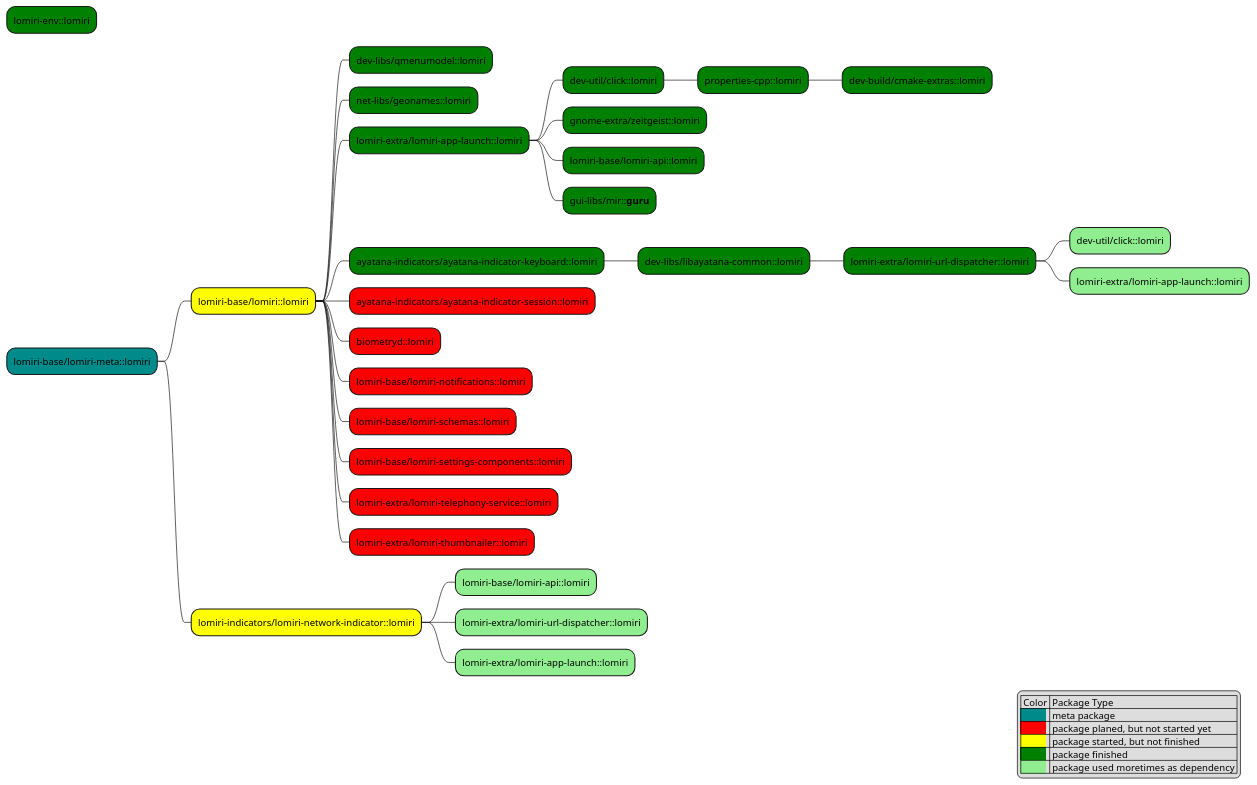
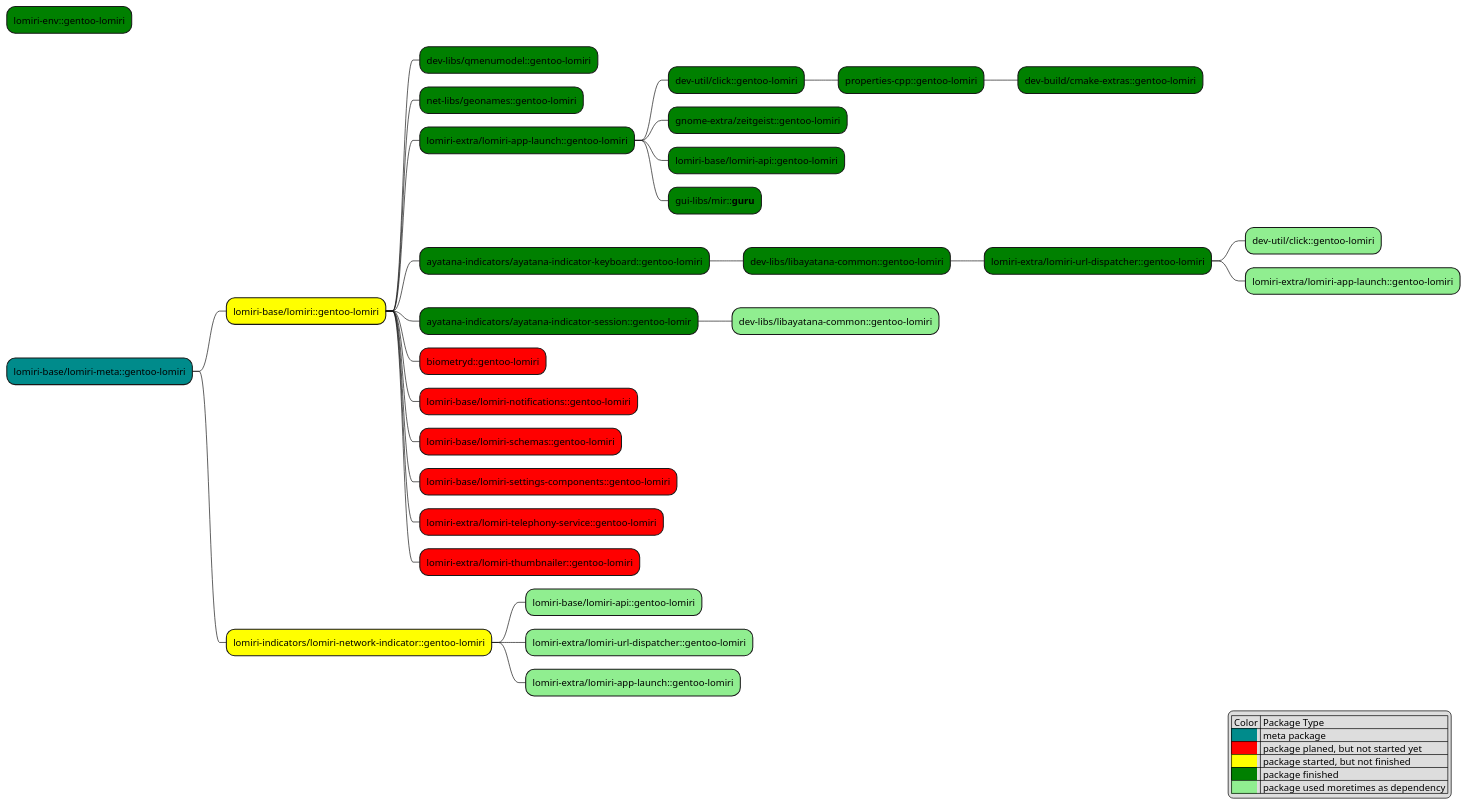
One commit to renegart/gentoo-lomiri changed the diagram in docs/lomiri-packages.plantuml. Above: the diagram before and after it, drawn with PlantUML. The commit also changed 16 other files, not shown here.

Commit message:
lomiri-base/lomiri: updated package

```diff
--- a/docs/lomiri-packages.plantuml
+++ b/docs/lomiri-packages.plantuml
@@ -1,40 +1,41 @@
 @startmindmap package dependencies
 legend right
     | Color | Package Type |
     |<back:DarkCyan>          </back>| meta package|
     |<back:red>          </back>| package planed, but not started yet|
     |<back:yellow>          </back>| package started, but not finished|
     |<back:green>          </back>| package finished|
     |<back:lightgreen>          </back>| package used moretimes as dependency |
 endlegend
 
-*[#green] lomiri-env::lomiri
-*[#DarkCyan] lomiri-base/lomiri-meta::lomiri
-  *[#yellow] lomiri-base/lomiri::lomiri
-    *[#green] dev-libs/qmenumodel::lomiri
-    *[#green] net-libs/geonames::lomiri
-    *[#green] lomiri-extra/lomiri-app-launch::lomiri
-      *[#green] dev-util/click::lomiri
-        *[#green] properties-cpp::lomiri
-          *[#green] dev-build/cmake-extras::lomiri
-      *[#green] gnome-extra/zeitgeist::lomiri
-      *[#green] lomiri-base/lomiri-api::lomiri
+*[#green] lomiri-env::gentoo-lomiri
+*[#DarkCyan] lomiri-base/lomiri-meta::gentoo-lomiri
+  *[#yellow] lomiri-base/lomiri::gentoo-lomiri
+    *[#green] dev-libs/qmenumodel::gentoo-lomiri
+    *[#green] net-libs/geonames::gentoo-lomiri
+    *[#green] lomiri-extra/lomiri-app-launch::gentoo-lomiri
+      *[#green] dev-util/click::gentoo-lomiri
+        *[#green] properties-cpp::gentoo-lomiri
+          *[#green] dev-build/cmake-extras::gentoo-lomiri
+      *[#green] gnome-extra/zeitgeist::gentoo-lomiri
+      *[#green] lomiri-base/lomiri-api::gentoo-lomiri
       *[#green] gui-libs/mir::**guru**
-    *[#green] ayatana-indicators/ayatana-indicator-keyboard::lomiri
-      *[#green] dev-libs/libayatana-common::lomiri
-        *[#green] lomiri-extra/lomiri-url-dispatcher::lomiri
-          *[#lightgreen] dev-util/click::lomiri
-          *[#lightgreen] lomiri-extra/lomiri-app-launch::lomiri
-    *[#red] ayatana-indicators/ayatana-indicator-session::lomiri
-    *[#red] biometryd::lomiri
-    *[#red] lomiri-base/lomiri-notifications::lomiri
-    *[#red] lomiri-base/lomiri-schemas::lomiri
-    *[#red] lomiri-base/lomiri-settings-components::lomiri
-    *[#red] lomiri-extra/lomiri-telephony-service::lomiri
-    *[#red] lomiri-extra/lomiri-thumbnailer::lomiri
-  *[#yellow] lomiri-indicators/lomiri-network-indicator::lomiri
-    *[#lightgreen] lomiri-base/lomiri-api::lomiri
-    *[#lightgreen] lomiri-extra/lomiri-url-dispatcher::lomiri
-    *[#lightgreen] lomiri-extra/lomiri-app-launch::lomiri
+    *[#green] ayatana-indicators/ayatana-indicator-keyboard::gentoo-lomiri
+      *[#green] dev-libs/libayatana-common::gentoo-lomiri
+        *[#green] lomiri-extra/lomiri-url-dispatcher::gentoo-lomiri
+          *[#lightgreen] dev-util/click::gentoo-lomiri
+          *[#lightgreen] lomiri-extra/lomiri-app-launch::gentoo-lomiri
+    *[#green] ayatana-indicators/ayatana-indicator-session::gentoo-lomir
+      *[#lightgreen] dev-libs/libayatana-common::gentoo-lomiri
+    *[#red] biometryd::gentoo-lomiri
+    *[#red] lomiri-base/lomiri-notifications::gentoo-lomiri
+    *[#red] lomiri-base/lomiri-schemas::gentoo-lomiri
+    *[#red] lomiri-base/lomiri-settings-components::gentoo-lomiri
+    *[#red] lomiri-extra/lomiri-telephony-service::gentoo-lomiri
+    *[#red] lomiri-extra/lomiri-thumbnailer::gentoo-lomiri
+  *[#yellow] lomiri-indicators/lomiri-network-indicator::gentoo-lomiri
+    *[#lightgreen] lomiri-base/lomiri-api::gentoo-lomiri
+    *[#lightgreen] lomiri-extra/lomiri-url-dispatcher::gentoo-lomiri
+    *[#lightgreen] lomiri-extra/lomiri-app-launch::gentoo-lomiri
 
 @endmindmap
```
